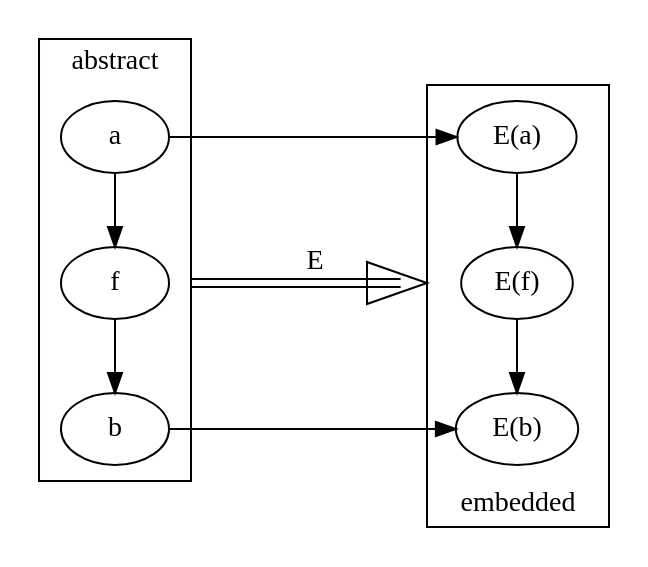
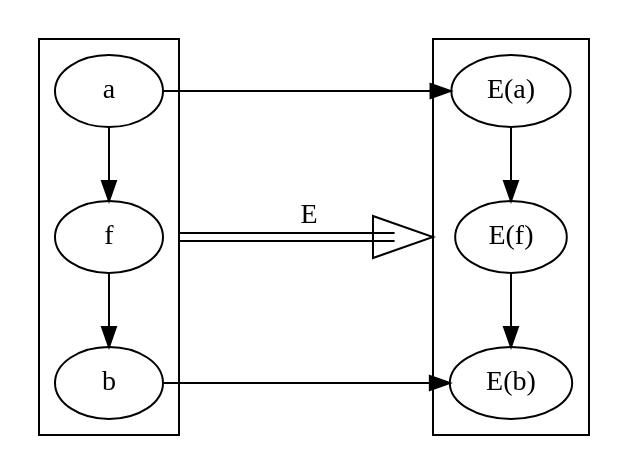
Before and after one commit to crutcher/tapestry-legacy: the diagram in media/graphs/functor.dot.gv, drawn with Graphviz. The commit also changed 1 other file, not shown here.

```diff
--- a/media/graphs/functor.dot.gv
+++ b/media/graphs/functor.dot.gv
@@ -1,38 +1,33 @@
 digraph G {
     graph [rankdir=TB, compound=true, nodesep=1];
 
     subgraph cluster_0 {
-        label = "abstract";
-
         "a";
         "f";
         "b";
 
         "a" -> "f" -> "b";
     }
 
 
     subgraph cluster_1 {
-        label = "embedded";
-        labelloc = "b";
-
         "E(a)";
         "E(f)";
         "E(b)";
 
         "E(a)" -> "E(f)" -> "E(b)";
     }
 
     a -> "E(a)" [constraint=false];
     b -> "E(b)" [constraint=false];
 
     f -> "E(f)" [
         constraint=false,
         ltail=cluster_0,
         lhead=cluster_1,
         label="E",
         color = "black:invis:black",
         arrowsize=3,
         arrowhead=empty,
     ]
 }
```
